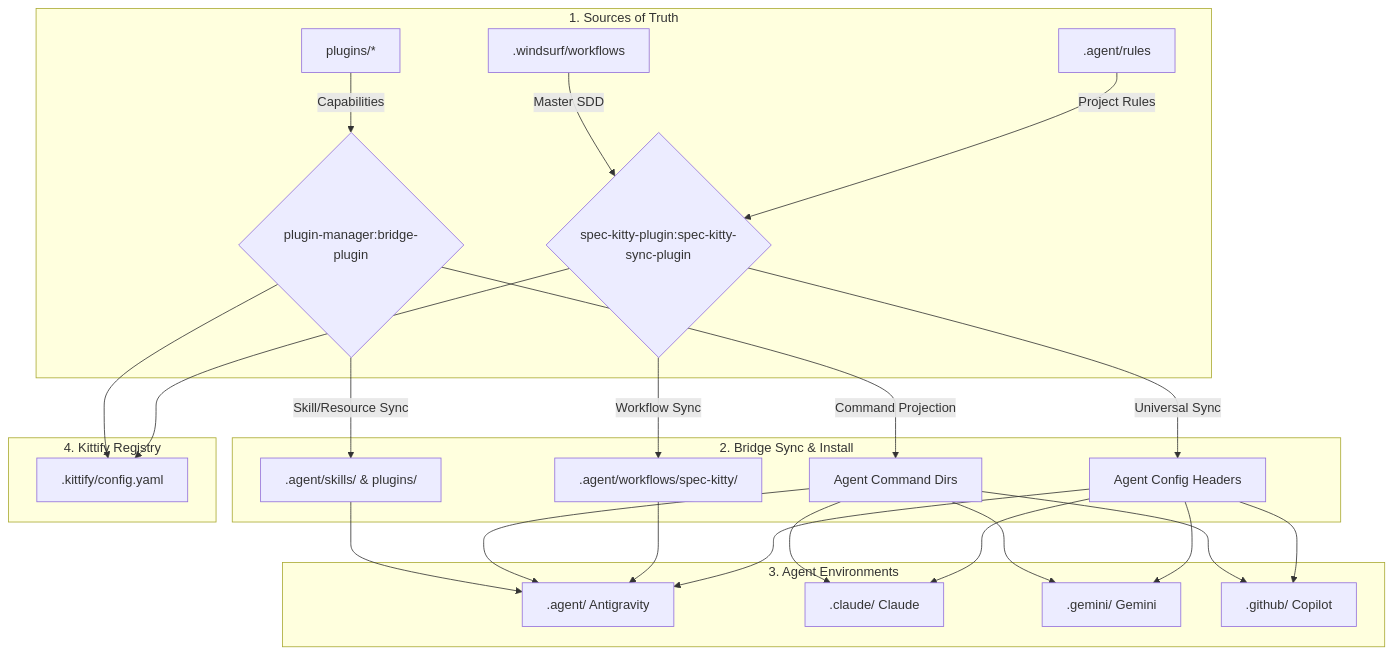
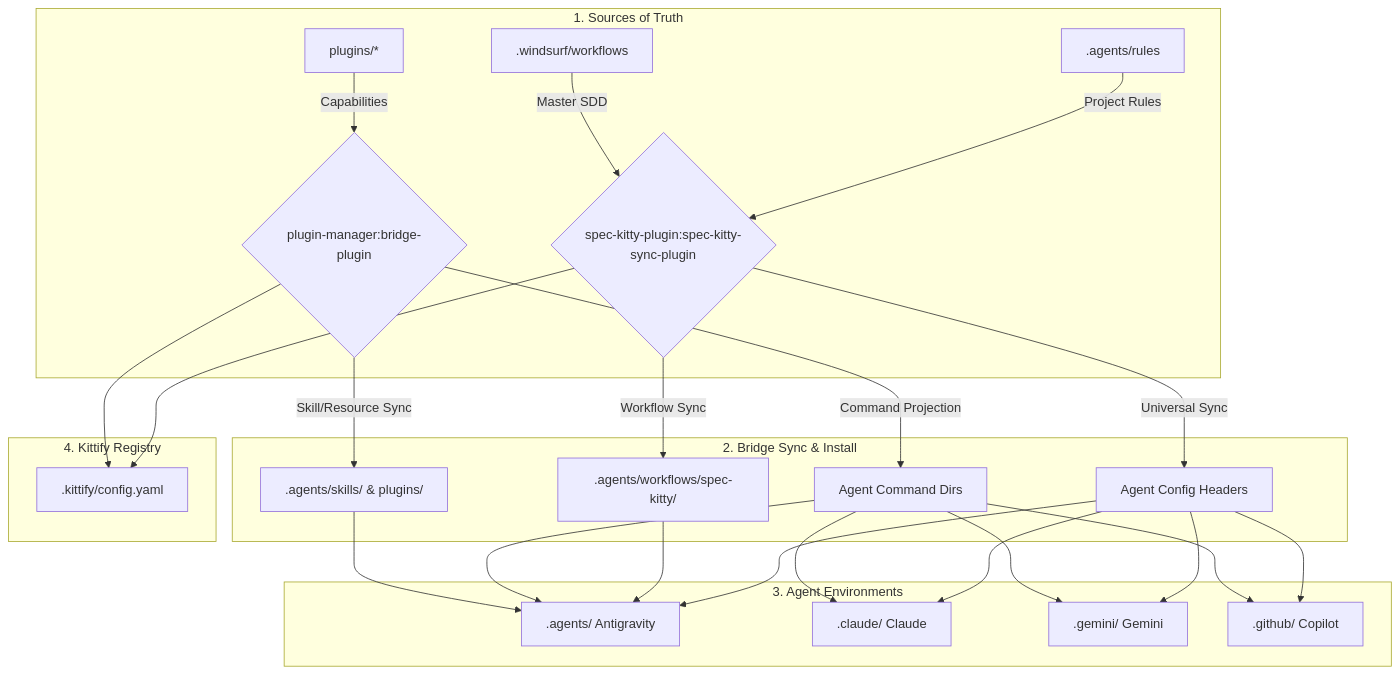
One commit to richfrem/agent-plugins-skills changed the diagram in plugins/spec-kitty-plugin/assets/diagrams/bridge_process.mmd. Above: the diagram before and after it, drawn with Mermaid. The commit also changed 33 other files, not shown here.

Commit message:
additional symlink fixes and references to .agents vs .agent

```diff
--- a/plugins/spec-kitty-plugin/assets/diagrams/bridge_process.mmd
+++ b/plugins/spec-kitty-plugin/assets/diagrams/bridge_process.mmd
@@ -1,25 +1,25 @@
 flowchart TD
     subgraph Sources [1. Sources of Truth]
-        A[.agent/rules] -->|Project Rules| B{"spec-kitty-plugin:spec-kitty-sync-plugin"}
+        A[.agents/rules] -->|Project Rules| B{"spec-kitty-plugin:spec-kitty-sync-plugin"}
         W[.windsurf/workflows] -->|Master SDD| B
         P[plugins/*] -->|Capabilities| C{"plugin-manager:bridge-plugin"}
     end
 
     subgraph Sync [2. Bridge Sync & Install]
         B -->|Universal Sync| D[Agent Config Headers]
-        B -->|Workflow Sync| E[.agent/workflows/spec-kitty/]
+        B -->|Workflow Sync| E[.agents/workflows/spec-kitty/]
         
         C -->|Command Projection| F[Agent Command Dirs]
-        C -->|Skill/Resource Sync| G[.agent/skills/ & plugins/]
+        C -->|Skill/Resource Sync| G[.agents/skills/ & plugins/]
     end
 
     subgraph Targets [3. Agent Environments]
-        D & E & F & G --> H[.agent/ Antigravity]
+        D & E & F & G --> H[.agents/ Antigravity]
         D & F --> I[.claude/ Claude]
         D & F --> J[.gemini/ Gemini]
         D & F --> K[.github/ Copilot]
     end
 
     subgraph Registry [4. Kittify Registry]
         B & C --> L[.kittify/config.yaml]
     end
```
